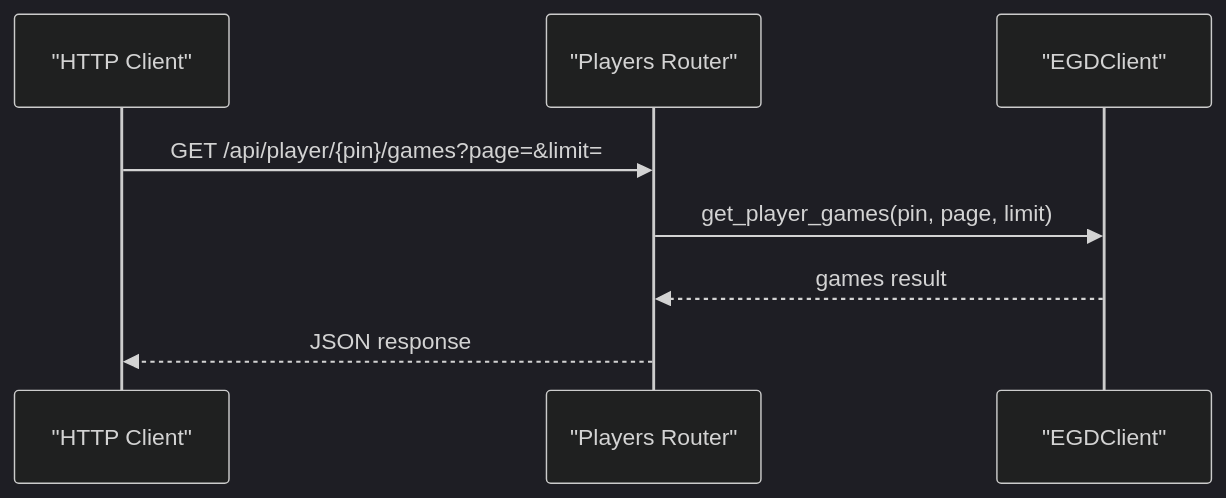
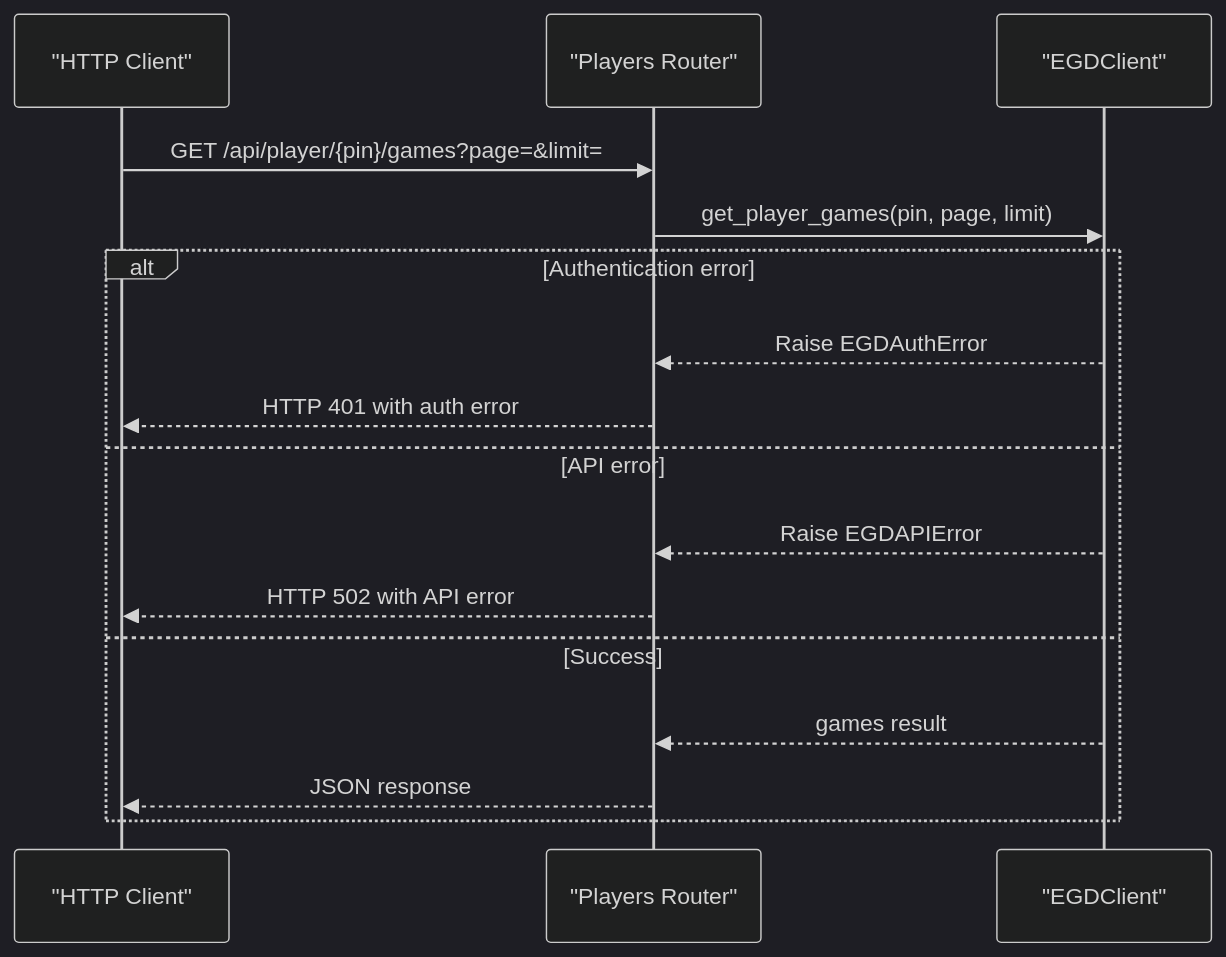
Before and after one commit to Ragnar1999/GoNow: the fifth of 7 diagrams in .qoder/repowiki/en/content/Backend Documentation/Service Layer/EGD Client.md, drawn with Mermaid (dark theme). The commit also changed other lines of this file and 13 other files, not shown here.

````diff
--- a/.qoder/repowiki/en/content/Backend Documentation/Service Layer/EGD Client.md
+++ b/.qoder/repowiki/en/content/Backend Documentation/Service Layer/EGD Client.md
@@ -246,10 +301,18 @@
 ```mermaid
 sequenceDiagram
 participant Client as "HTTP Client"
 participant Router as "Players Router"
 participant Service as "EGDClient"
 Client->>Router : GET /api/player/{pin}/games?page=&limit=
 Router->>Service : get_player_games(pin, page, limit)
+alt Authentication error
+Service-->>Router : Raise EGDAuthError
+Router-->>Client : HTTP 401 with auth error
+else API error
+Service-->>Router : Raise EGDAPIError
+Router-->>Client : HTTP 502 with API error
+else Success
 Service-->>Router : games result
 Router-->>Client : JSON response
+end
 ```
````
